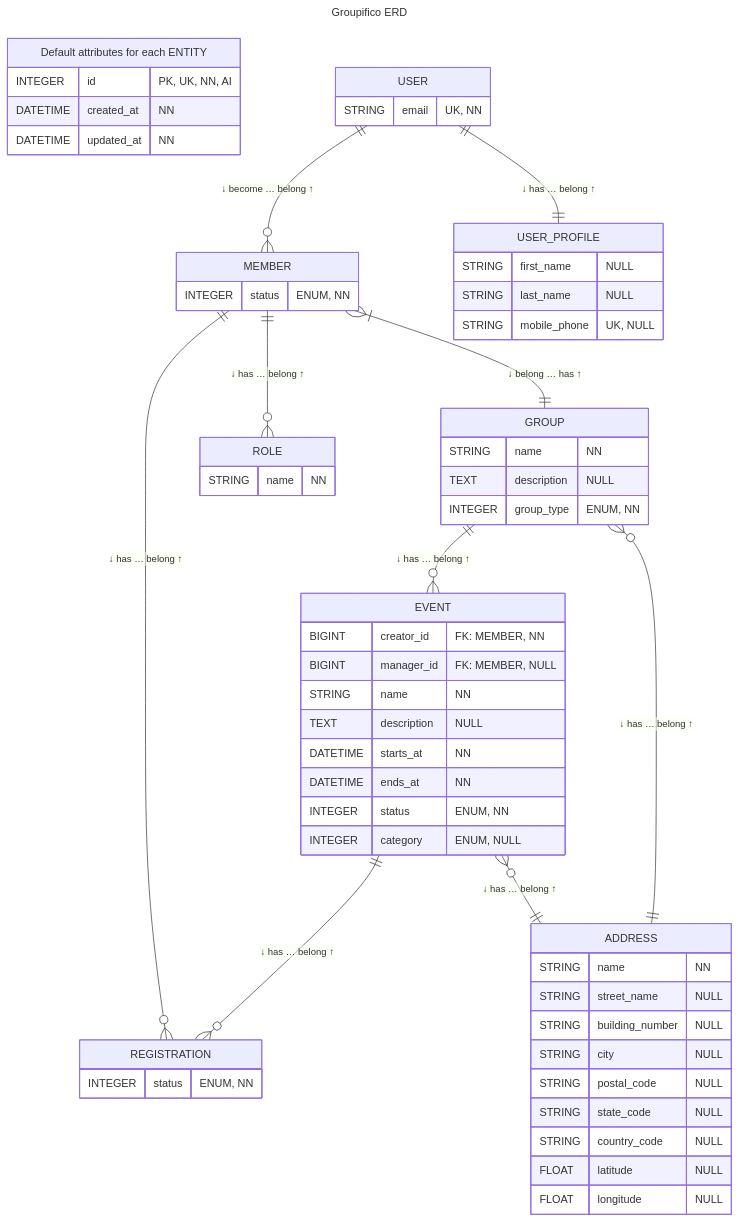
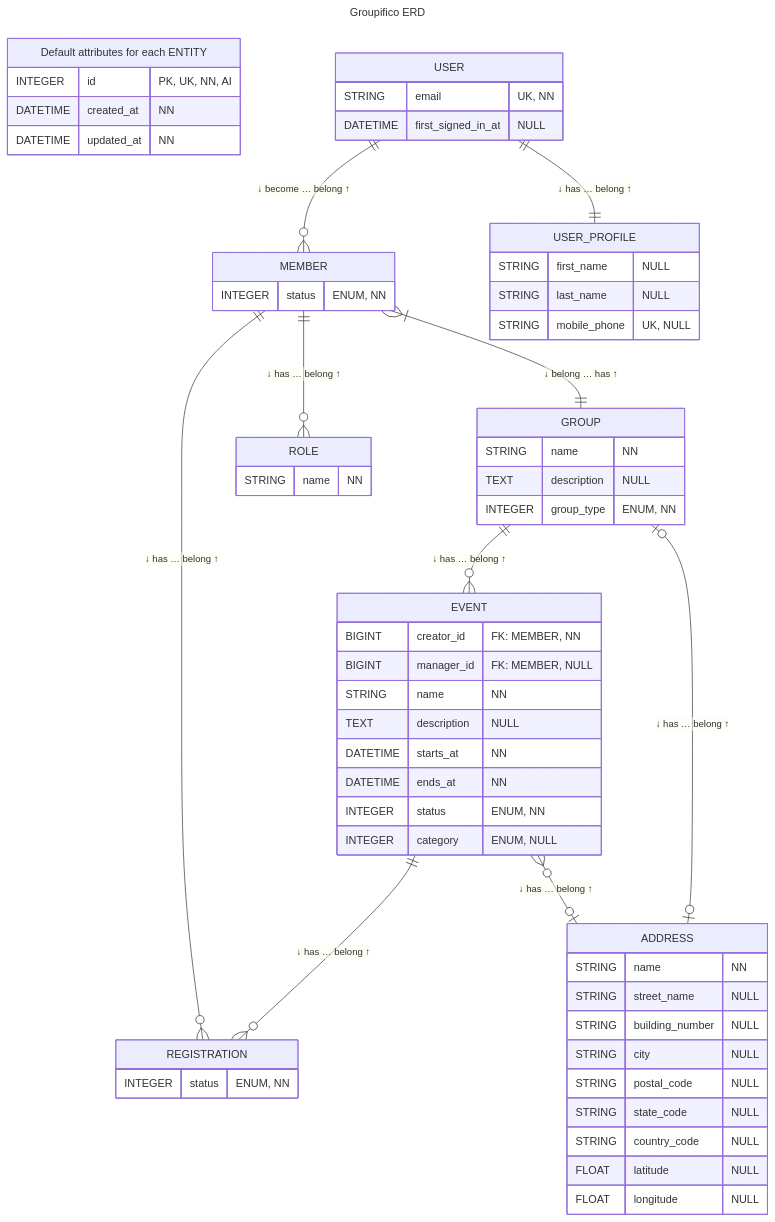
The first of 2 diagrams in README.md (izkreny/groupifico), drawn with Mermaid before and after one commit. The commit also changed other lines of this file and 2 other files, not shown here.

First paragraph of the commit message:
docs: reconcile the docs with the code (#328)
> 🤖 Written by AI --- read/modified by izkreny! 🤓

```diff
--- a/README.md
+++ b/README.md
@@ -102,15 +101,15 @@
   %% RELATIONSHIPS
   %% A line is an Active Record association. Every one drawn here also has an add_foreign_key
   %% behind it, but nothing enforces that pairing, so read a line as an association first
-  USER    1   to  0+  MEMBER        :  "↓ become … belong ↑"
-  USER    1   to  1   USER_PROFILE  :  "↓ has    … belong ↑"
-  MEMBER  1+  to  1   GROUP         :  "↓ belong … has ↑"
-  MEMBER  1   to  0+  ROLE          :  "↓ has    … belong ↑"
-  GROUP   1   to  0+  EVENT         :  "↓ has    … belong ↑"
-  EVENT   1   to  0+  REGISTRATION  :  "↓ has    … belong ↑"
-  MEMBER  1   to  0+  REGISTRATION  :  "↓ has    … belong ↑"
-  GROUP   0+  to  1   ADDRESS       :  "↓ has    … belong ↑"
-  EVENT   0+  to  1   ADDRESS       :  "↓ has    … belong ↑"
+  USER    1            to  0+           MEMBER        :  "↓ become … belong ↑"
+  USER    1            to  1            USER_PROFILE  :  "↓ has    … belong ↑"
+  MEMBER  1+           to  1            GROUP         :  "↓ belong … has ↑"
+  MEMBER  1            to  0+           ROLE          :  "↓ has    … belong ↑"
+  GROUP   1            to  0+           EVENT         :  "↓ has    … belong ↑"
+  EVENT   1            to  0+           REGISTRATION  :  "↓ has    … belong ↑"
+  MEMBER  1            to  0+           REGISTRATION  :  "↓ has    … belong ↑"
+  GROUP   zero or one  to  zero or one  ADDRESS       :  "↓ has    … belong ↑"
+  EVENT   0+           to  zero or one  ADDRESS       :  "↓ has    … belong ↑"
 
   %% ENTITIES
 
@@ -119,7 +118,9 @@
   %% FK: sessions and sign_in_tokens also reference users; their rules are in the authentication ERD below
   USER {
     %% email limit: 250 chars. Normalised to stripped lowercase, uniqueness validated case-insensitively
-    STRING email "UK, NN"
+    STRING   email              "UK, NN"
+    %% first_signed_in_at is null until the account's first session is created, which is how the roster marks a member who has never signed in
+    DATETIME first_signed_in_at "NULL"
   }
 
   %% UNIQUE INDEX (user_id), UNIQUE INDEX (mobile_phone)
@@ -153,7 +154,7 @@
   %% UNIQUE INDEX (member_id, name): a Member cannot hold the same Role twice
   %% FK: member_id references members, ON DELETE CASCADE, ON UPDATE CASCADE
   ROLE {
-    %% name has no limit declared. Validated for inclusion in Role::NAMES: owner | administrator | events_administrator
+    %% name has no limit declared. Validated for inclusion in Role::NAMES: owner | administrator | events_administrator | members_administrator
     STRING name "NN"
   }
 
```
